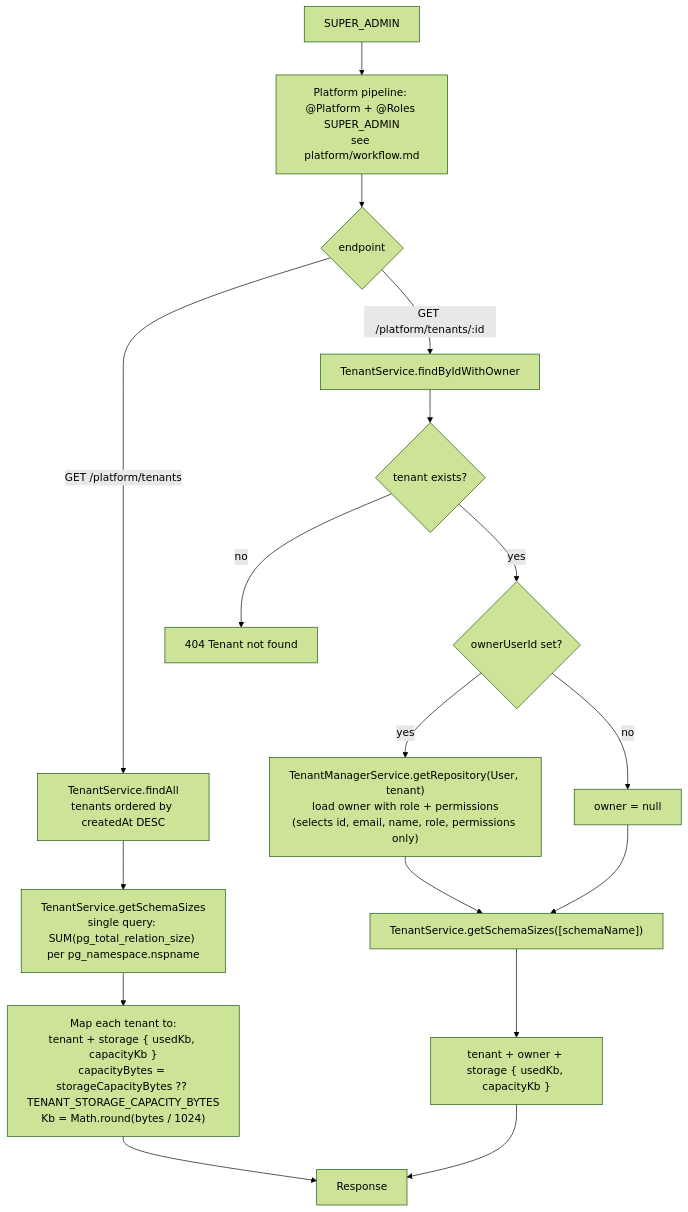
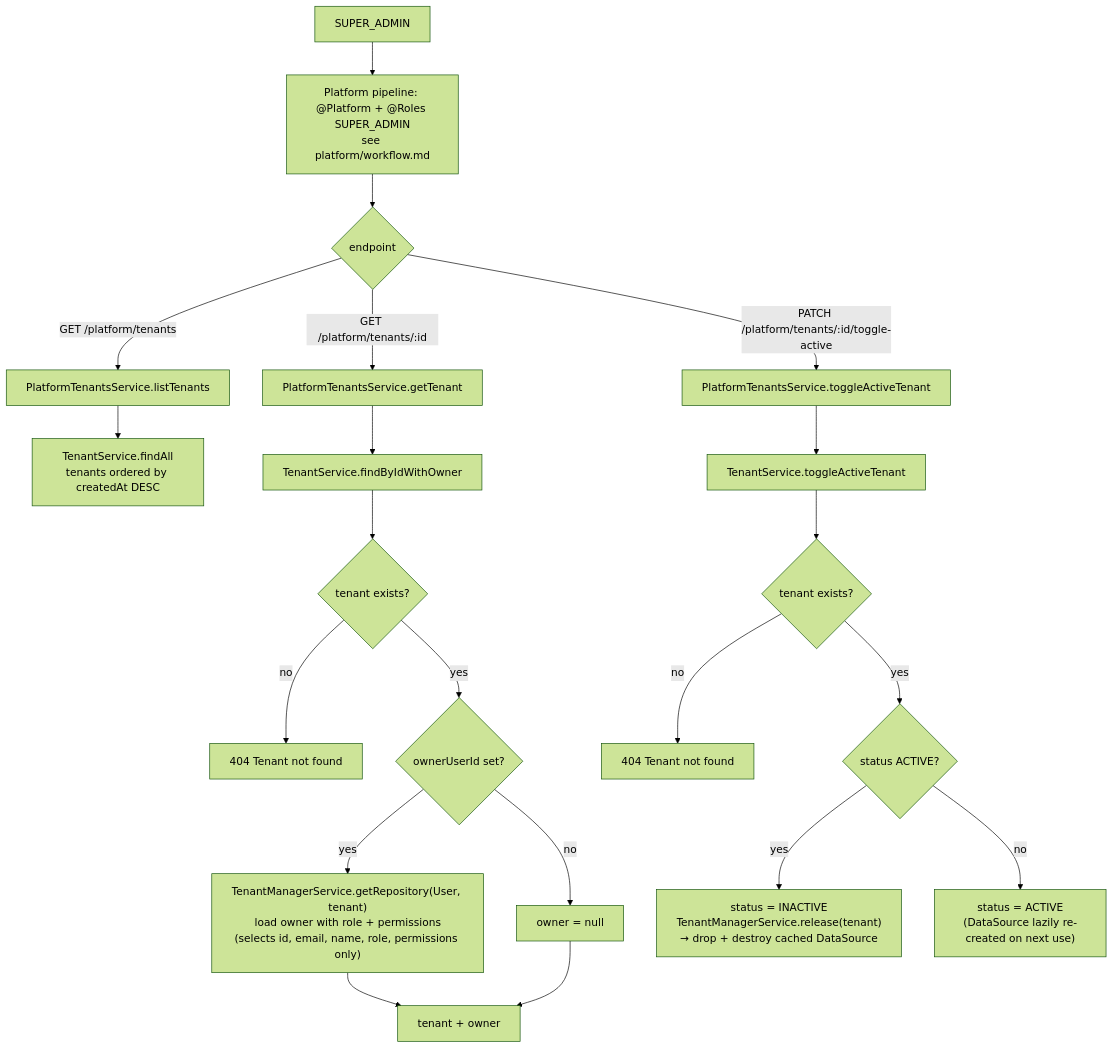
Before and after one commit to DevBassel/saas_commerce: the diagram in apps/api/src/modules/platform/tenants/workflow.md, drawn with Mermaid (forest theme). The commit also changed other lines of this file and 100 other files, not shown here.

````diff
--- a/apps/api/src/modules/platform/tenants/workflow.md
+++ b/apps/api/src/modules/platform/tenants/workflow.md
@@ -1,21 +1,25 @@
 ```mermaid
 flowchart TD
     Client["SUPER_ADMIN"] --> GUARD["Platform pipeline: @Platform + @Roles SUPER_ADMIN<br/>see platform/workflow.md"]
     GUARD --> OP{"endpoint"}
 
-    OP -->|"GET /platform/tenants"| L["TenantService.findAll<br/>tenants ordered by createdAt DESC"]
-    L --> LS["TenantService.getSchemaSizes<br/>single query: SUM(pg_total_relation_size) per pg_namespace.nspname"]
-    LS --> LR["Map each tenant to:<br/>tenant + storage { usedKb, capacityKb }<br/>capacityBytes = storageCapacityBytes ?? TENANT_STORAGE_CAPACITY_BYTES<br/>Kb = Math.round(bytes / 1024)"]
-    LR --> RESP["Response"]
+    OP -->|"GET /platform/tenants"| L["PlatformTenantsService.listTenants"]
+    L --> L1["TenantService.findAll<br/>tenants ordered by createdAt DESC"]
 
-    OP -->|"GET /platform/tenants/:id"| F["TenantService.findByIdWithOwner"]
-    F --> F1{"tenant exists?"}
-    F1 -->|"no"| E404["404 Tenant not found"]
-    F1 -->|"yes"| F2{"ownerUserId set?"}
+    OP -->|"GET /platform/tenants/:id"| F["PlatformTenantsService.getTenant"]
+    F --> F1["TenantService.findByIdWithOwner"]
+    F1 --> F12{"tenant exists?"}
+    F12 -->|"no"| E404["404 Tenant not found"]
+    F12 -->|"yes"| F2{"ownerUserId set?"}
     F2 -->|"yes"| F3["TenantManagerService.getRepository(User, tenant)<br/>load owner with role + permissions<br/>(selects id, email, name, role, permissions only)"]
     F2 -->|"no"| F4["owner = null"]
-    F3 --> FS["TenantService.getSchemaSizes([schemaName])"]
-    F4 --> FS
-    FS --> OUT["tenant + owner + storage { usedKb, capacityKb }"]
-    OUT --> RESP
+    F3 --> OUT["tenant + owner"]
+    F4 --> OUT
+
+    OP -->|"PATCH /platform/tenants/:id/toggle-active"| T["PlatformTenantsService.toggleActiveTenant"]
+    T --> T1["TenantService.toggleActiveTenant"]
+    T1 --> T2{"tenant exists?"} -->|"no"| T2E["404 Tenant not found"]
+    T2 -->|"yes"| T3{"status ACTIVE?"}
+    T3 -->|"yes"| T4["status = INACTIVE<br/>TenantManagerService.release(tenant)<br/>→ drop + destroy cached DataSource"]
+    T3 -->|"no"| T5["status = ACTIVE<br/>(DataSource lazily re-created on next use)"]
 ```
````
